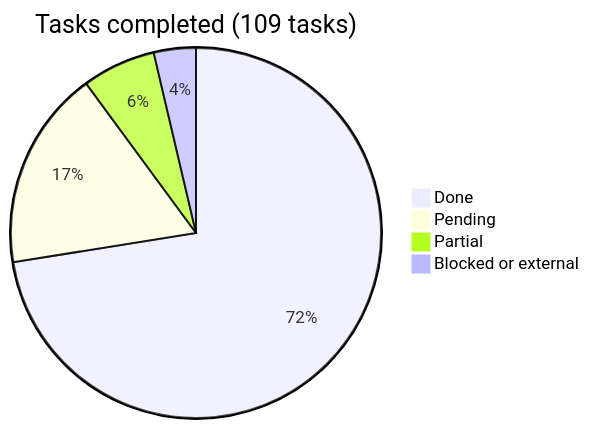
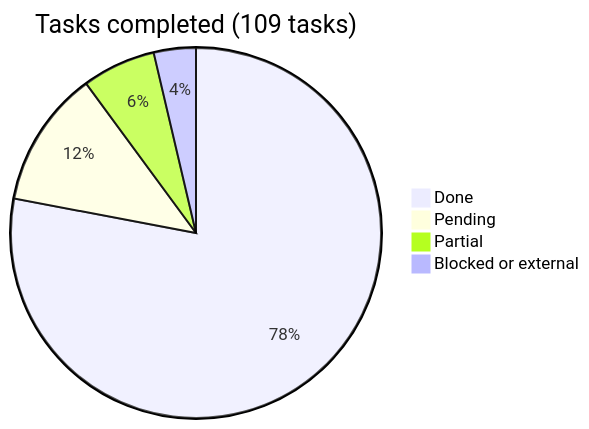
Before and after one commit to araguaney-lat/araguaney-app: the diagram in docs/roadmap/README.md, drawn with Mermaid. The commit also changed other lines of this file and 12 other files, not shown here.

````diff
--- a/docs/roadmap/README.md
+++ b/docs/roadmap/README.md
@@ -16,7 +16,7 @@
 ```mermaid
 pie title Tasks completed (109 tasks)
-    "Done" : 79
-    "Pending" : 19
+    "Done" : 85
+    "Pending" : 13
     "Partial" : 7
     "Blocked or external" : 4
 ```
````
